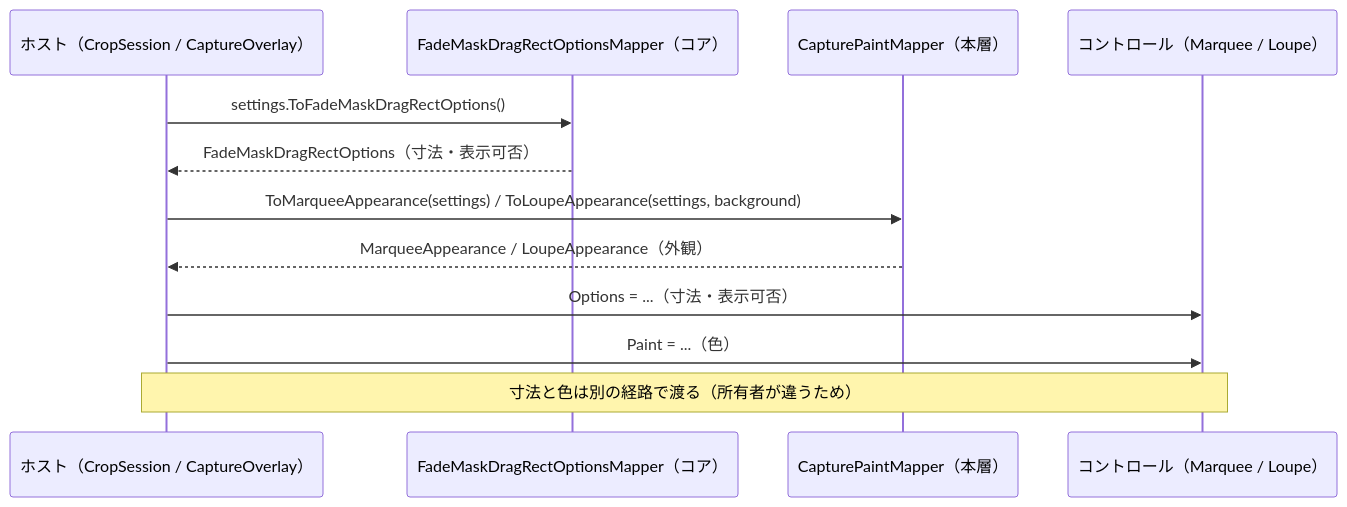
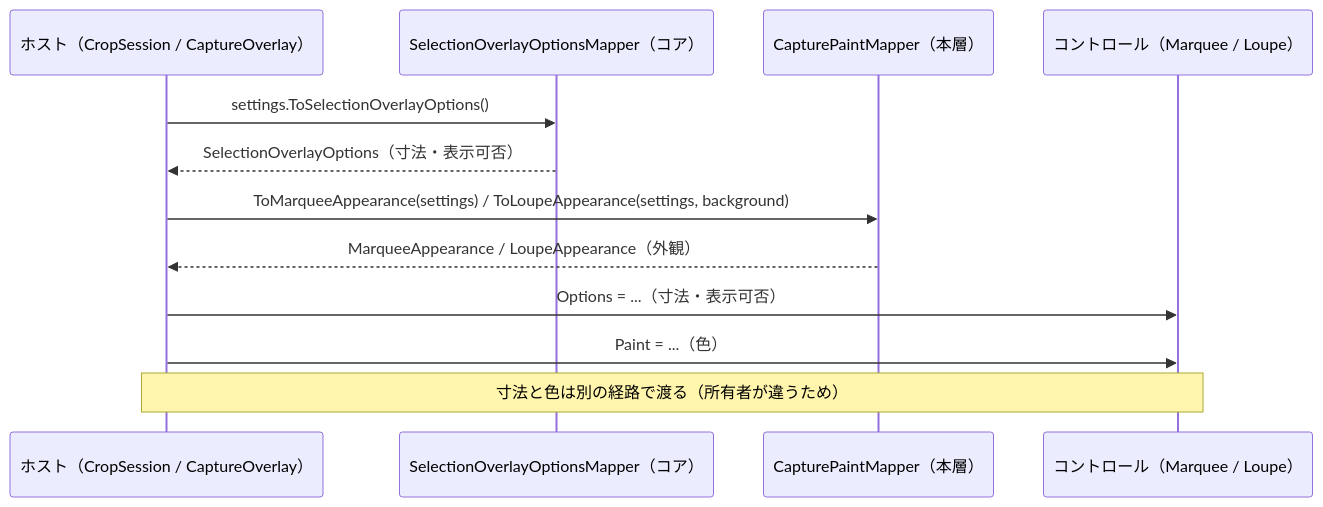
Before and after one commit to tomokuni/SaveEvidence: the third of 3 diagrams in src/Parts.CaptureSessionControl.UIBase/docs/SPEC_System.md, drawn with Mermaid. The commit also changed other lines of this file and 192 other files, not shown here.

````diff
--- a/src/Parts.CaptureSessionControl.UIBase/docs/SPEC_System.md
+++ b/src/Parts.CaptureSessionControl.UIBase/docs/SPEC_System.md
@@ -109,15 +109,15 @@
 ```mermaid
 sequenceDiagram
   participant Host as ホスト（CropSession / CaptureOverlay）
-  participant Core as FadeMaskDragRectOptionsMapper（コア）
+  participant Core as SelectionOverlayOptionsMapper（コア）
   participant Mapper as CapturePaintMapper（本層）
   participant UI as コントロール（Marquee / Loupe）
 
-  Host->>Core: settings.ToFadeMaskDragRectOptions()
-  Core-->>Host: FadeMaskDragRectOptions（寸法・表示可否）
+  Host->>Core: settings.ToSelectionOverlayOptions()
+  Core-->>Host: SelectionOverlayOptions（寸法・表示可否）
   Host->>Mapper: ToMarqueeAppearance(settings) / ToLoupeAppearance(settings, background)
   Mapper-->>Host: MarqueeAppearance / LoupeAppearance（外観）
   Host->>UI: Options = ...（寸法・表示可否）
   Host->>UI: Paint = ...（色）
   Note over Host,UI: 寸法と色は別の経路で渡る（所有者が違うため）
 ```
````
